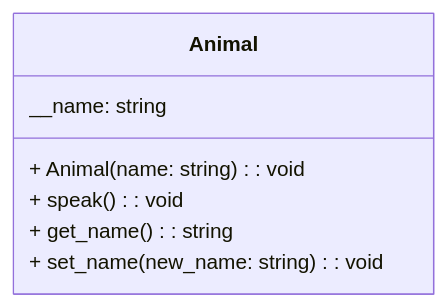
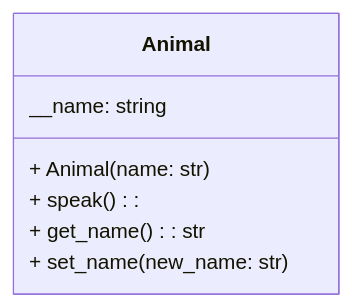
Before and after one commit to fegonzalez7/poo_unal_clase9: the third of 7 diagrams in README.md, drawn with Mermaid. The commit also changed other lines of this file, not shown here.

Commit message:
cambios diagramas 2

````diff
--- a/README.md
+++ b/README.md
@@ -85,11 +85,11 @@
 ```mermaid
 classDiagram
 class Animal {
   __name: string
 
-  + Animal(name: string): void
-  + speak(): void
-  + get_name(): string
-  + set_name(new_name: string): void
+  + Animal(name: str)
+  + speak(): 
+  + get_name(): str
+  + set_name(new_name: str)
 }
 ```
````
